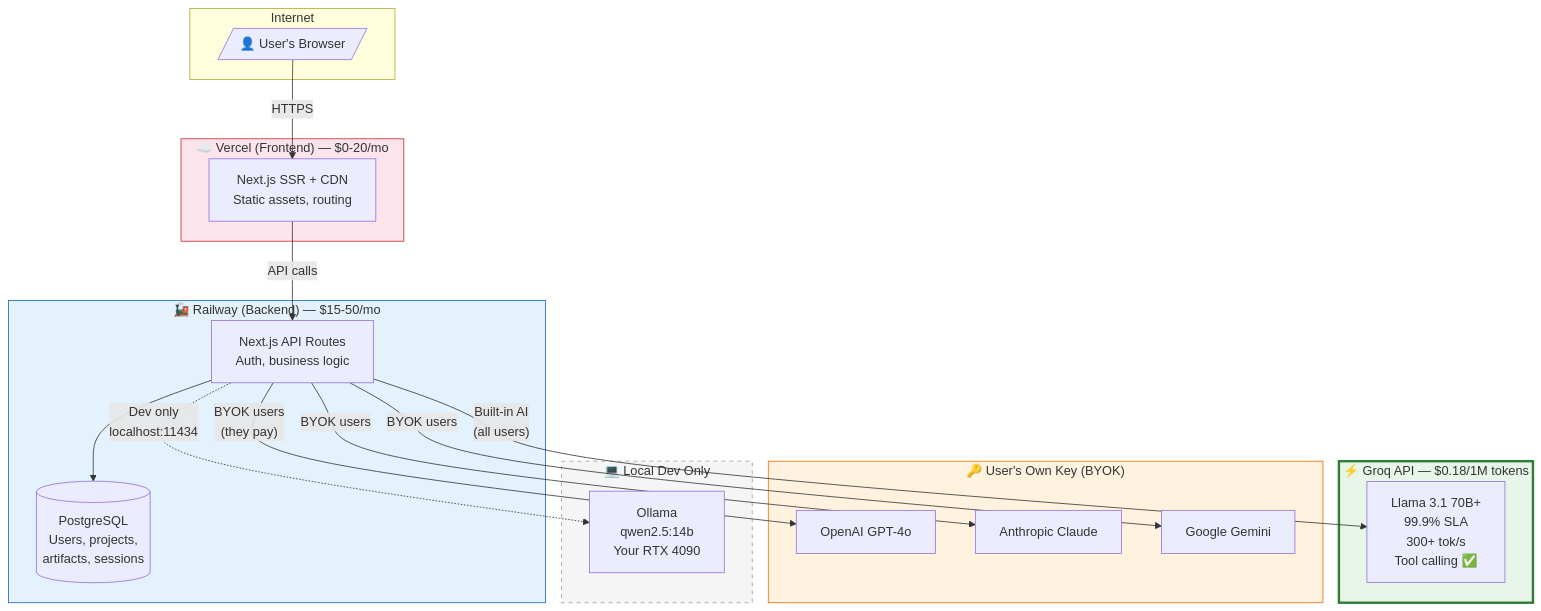
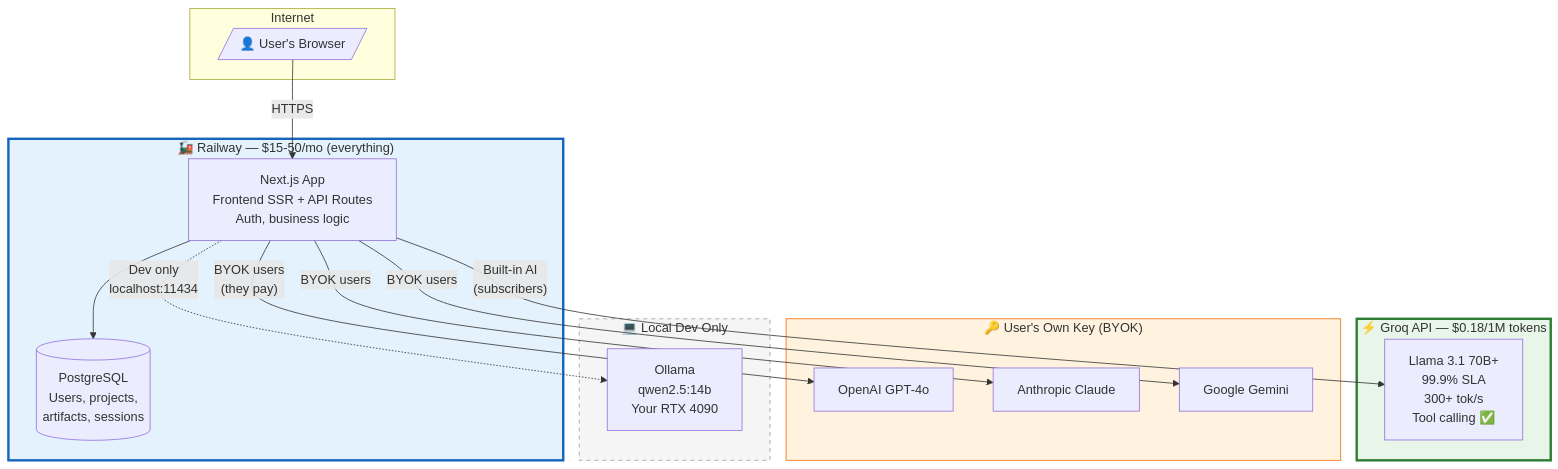
Before and after one commit to pelchers/IDEAS_MANAGEMENT: the first of 5 diagrams in .docs/runbooks/ai-hosting/architecture-and-recommendations.md, drawn with Mermaid. The commit also changed other lines of this file and 2 other files, not shown here.

First line of the commit message:
Update hosting docs: Railway-for-everything + Phase 8 AI improvements ADR

````diff
--- a/.docs/runbooks/ai-hosting/architecture-and-recommendations.md
+++ b/.docs/runbooks/ai-hosting/architecture-and-recommendations.md
@@ -189,44 +204,38 @@
 ```mermaid
 graph TB
     subgraph Internet
         User[/"👤 User's Browser"/]
     end
 
-    subgraph Vercel["☁️ Vercel (Frontend) — $0-20/mo"]
-        FE["Next.js SSR + CDN<br/>Static assets, routing"]
-    end
-
-    subgraph Railway["🚂 Railway (Backend) — $15-50/mo"]
-        API["Next.js API Routes<br/>Auth, business logic"]
+    subgraph Railway["🚂 Railway — $15-50/mo (everything)"]
+        APP["Next.js App<br/>Frontend SSR + API Routes<br/>Auth, business logic"]
         DB[("PostgreSQL<br/>Users, projects,<br/>artifacts, sessions")]
+        APP --> DB
     end
 
     subgraph Groq["⚡ Groq API — $0.18/1M tokens"]
         LLM["Llama 3.1 70B+<br/>99.9% SLA<br/>300+ tok/s<br/>Tool calling ✅"]
     end
 
     subgraph BYOK["🔑 User's Own Key (BYOK)"]
         OAI["OpenAI GPT-4o"]
         ANT["Anthropic Claude"]
         GOO["Google Gemini"]
     end
 
     subgraph LocalDev["💻 Local Dev Only"]
         OLL["Ollama<br/>qwen2.5:14b<br/>Your RTX 4090"]
     end
 
-    User -->|HTTPS| FE
-    FE -->|API calls| API
-    API --> DB
-    API -->|"Built-in AI<br/>(all users)"| LLM
-    API -->|"BYOK users<br/>(they pay)"| OAI
-    API -->|"BYOK users"| ANT
-    API -->|"BYOK users"| GOO
-    API -.->|"Dev only<br/>localhost:11434"| OLL
+    User -->|HTTPS| APP
+    APP -->|"Built-in AI<br/>(subscribers)"| LLM
+    APP -->|"BYOK users<br/>(they pay)"| OAI
+    APP -->|"BYOK users"| ANT
+    APP -->|"BYOK users"| GOO
+    APP -.->|"Dev only<br/>localhost:11434"| OLL
 
     style Groq fill:#e8f5e9,stroke:#2e7d32,stroke-width:3px
     style BYOK fill:#fff3e0,stroke:#ef6c00
     style LocalDev fill:#f5f5f5,stroke:#9e9e9e,stroke-dasharray: 5 5
-    style Railway fill:#e3f2fd,stroke:#1565c0
-    style Vercel fill:#fce4ec,stroke:#c62828
+    style Railway fill:#e3f2fd,stroke:#1565c0,stroke-width:3px
 ```
````
